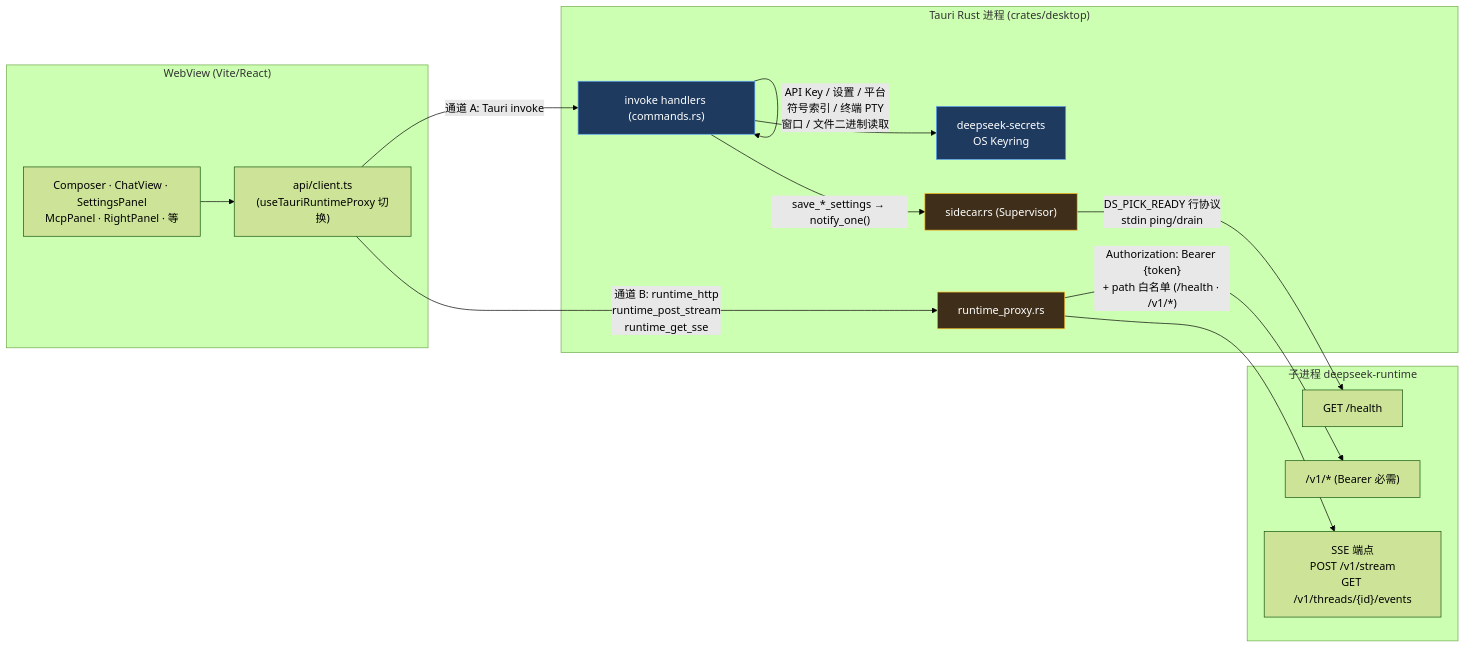
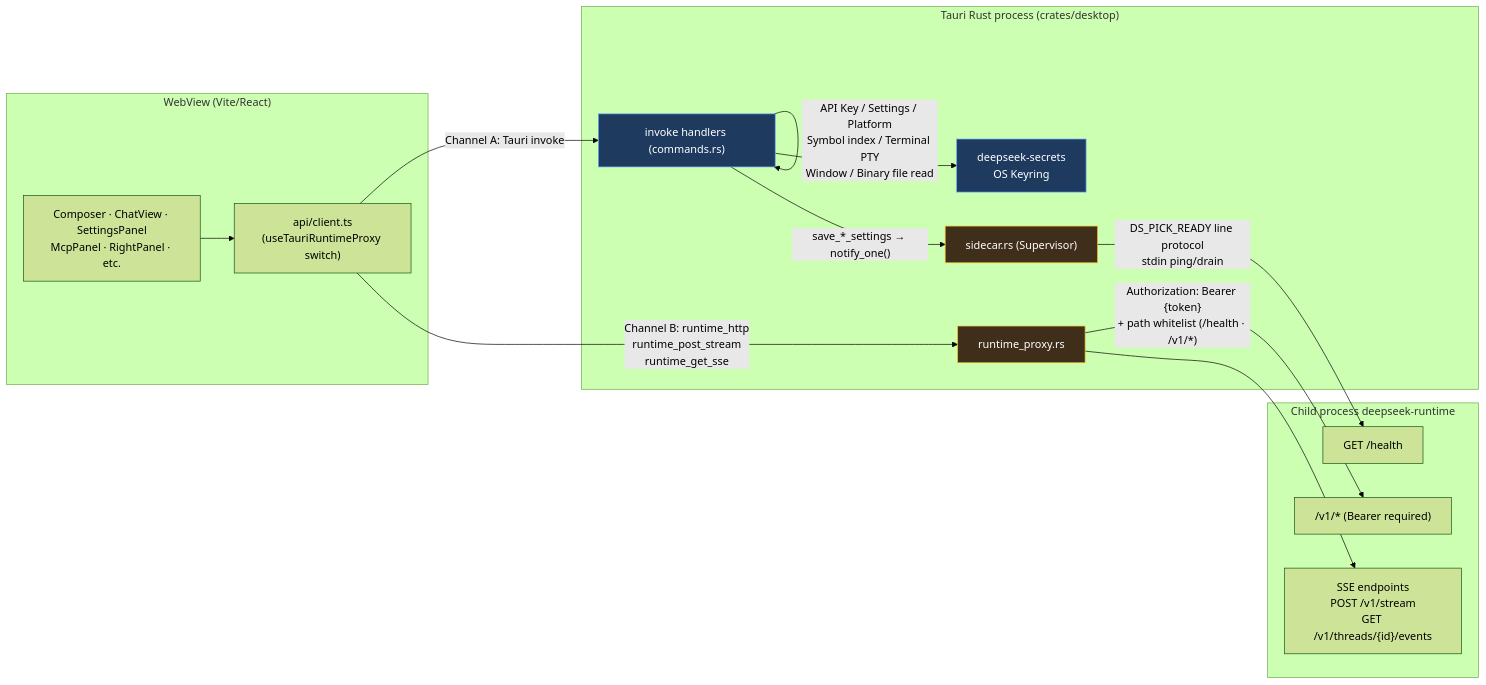
The fifth of 6 diagrams in docs/tech/RUNTIME_ARCHITECTURE.md (didclawapp-ai/zagens), drawn with Mermaid (forest theme) before and after one commit. The commit also changed other lines of this file and 26 other files, not shown here.

````diff
--- a/docs/tech/RUNTIME_ARCHITECTURE.md
+++ b/docs/tech/RUNTIME_ARCHITECTURE.md
@@ -427,37 +427,37 @@
 ```mermaid
 flowchart LR
     subgraph webview["WebView (Vite/React)"]
-        UI["Composer · ChatView · SettingsPanel<br/>McpPanel · RightPanel · 等"]
-        CLIENT["api/client.ts<br/>(useTauriRuntimeProxy 切换)"]
+        UI["Composer · ChatView · SettingsPanel<br/>McpPanel · RightPanel · etc."]
+        CLIENT["api/client.ts<br/>(useTauriRuntimeProxy switch)"]
     end
 
-    subgraph rust["Tauri Rust 进程 (crates/desktop)"]
+    subgraph rust["Tauri Rust process (crates/desktop)"]
         IPC["invoke handlers (commands.rs)"]
         RP["runtime_proxy.rs"]
         SC["sidecar.rs (Supervisor)"]
         KR["deepseek-secrets<br/>OS Keyring"]
     end
 
-    subgraph child["子进程 deepseek-runtime"]
+    subgraph child["Child process deepseek-runtime"]
         HEALTH["GET /health"]
-        V1["/v1/* (Bearer 必需)"]
-        SSE["SSE 端点<br/>POST /v1/stream<br/>GET /v1/threads/{id}/events"]
+        V1["/v1/* (Bearer required)"]
+        SSE["SSE endpoints<br/>POST /v1/stream<br/>GET /v1/threads/{id}/events"]
     end
 
     UI --> CLIENT
 
-    CLIENT -- "通道 A: Tauri invoke" --> IPC
-    IPC -- "API Key / 设置 / 平台<br/>符号索引 / 终端 PTY<br/>窗口 / 文件二进制读取" --> IPC
+    CLIENT -- "Channel A: Tauri invoke" --> IPC
+    IPC -- "API Key / Settings / Platform<br/>Symbol index / Terminal PTY<br/>Window / Binary file read" --> IPC
     IPC --> KR
     IPC -- "save_*_settings → notify_one()" --> SC
 
-    CLIENT -- "通道 B: runtime_http<br/>runtime_post_stream<br/>runtime_get_sse" --> RP
-    RP -- "Authorization: Bearer {token}<br/>+ path 白名单 (/health · /v1/*)" --> V1
+    CLIENT -- "Channel B: runtime_http<br/>runtime_post_stream<br/>runtime_get_sse" --> RP
+    RP -- "Authorization: Bearer {token}<br/>+ path whitelist (/health · /v1/*)" --> V1
     RP --> SSE
-    SC -- "DS_PICK_READY 行协议<br/>stdin ping/drain" --> HEALTH
+    SC -- "DS_PICK_READY line protocol<br/>stdin ping/drain" --> HEALTH
 
     classDef a fill:#1e3a5f,stroke:#60a5fa,color:#fff
     classDef b fill:#3f2f1a,stroke:#fbbf24,color:#fff
     class IPC,KR a
     class RP,SC b
 ```
````
